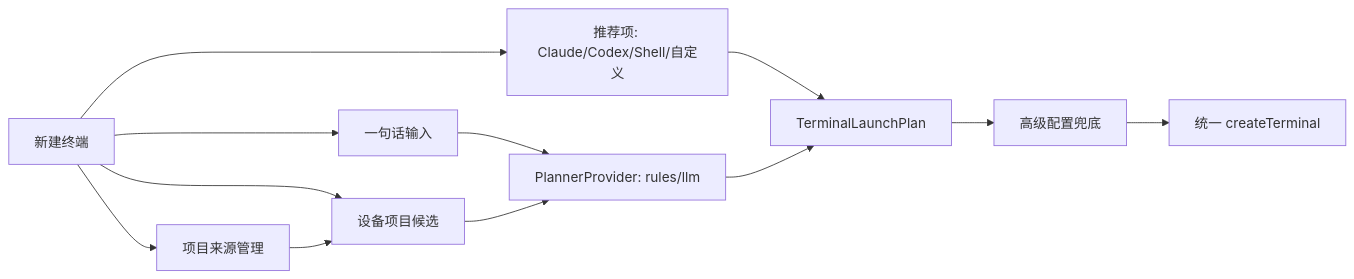
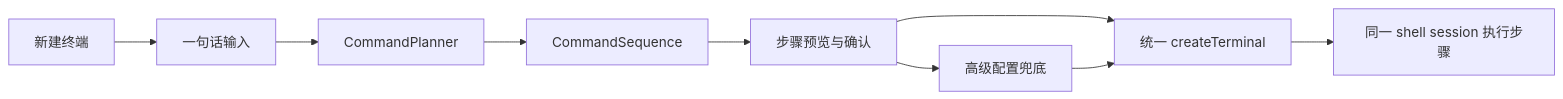
One commit to xiaolutang/remote-control changed the tenth of 17 diagrams in .dev-flow/feature_structure.md. Above: the diagram before and after it, drawn with Mermaid. The commit also changed other lines of this file and 9 other files, not shown here.

Commit message:
docs(dev-flow): archive completed smart terminal entry phases

````diff
--- a/.dev-flow/feature_structure.md
+++ b/.dev-flow/feature_structure.md
@@ -238,23 +238,19 @@
 ```mermaid
 flowchart LR
     D1[新建终端]
-    D2[推荐项: Claude/Codex/Shell/自定义]
-    D3[一句话输入]
-    D3a[设备项目候选]
-    D3s[项目来源管理]
-    D3b[PlannerProvider: rules/llm]
-    D4[TerminalLaunchPlan]
-    D5[高级配置兜底]
-    D6[统一 createTerminal]
+    D2[一句话输入]
+    D3[CommandPlanner]
+    D4[CommandSequence]
+    D5[步骤预览与确认]
+    D6[高级配置兜底]
+    D7[统一 createTerminal]
+    D8[同一 shell session 执行步骤]
     D1 --> D2
-    D1 --> D3
-    D1 --> D3a
-    D1 --> D3s
-    D3s --> D3a
-    D2 --> D4
-    D3 --> D3b
-    D3a --> D3b
-    D3b --> D4
+    D2 --> D3
+    D3 --> D4
     D4 --> D5
     D5 --> D6
+    D5 --> D7
+    D6 --> D7
+    D7 --> D8
 ```
````
